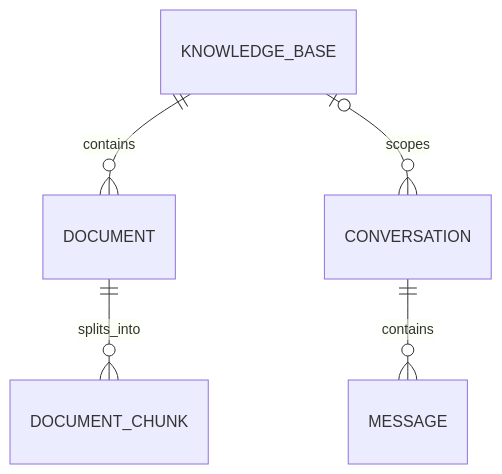
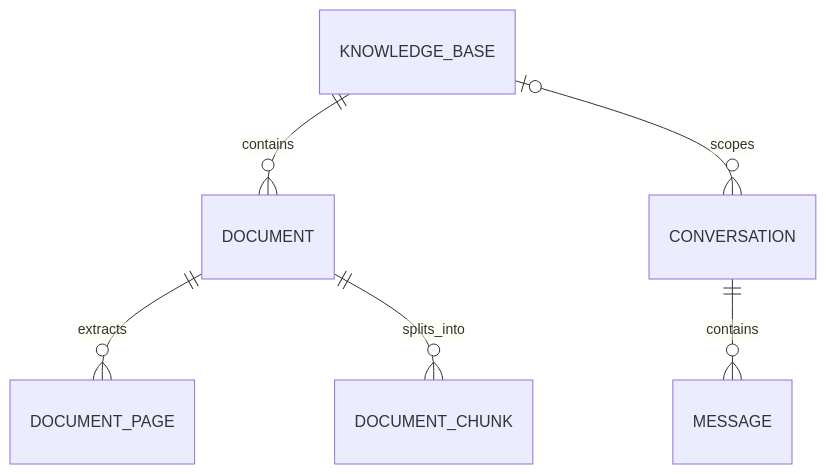
The diagram in README.md (ddzyy666/fault-rag), drawn with Mermaid before and after one commit. The commit also changed other lines of this file and 18 other files, not shown here.

````diff
--- a/README.md
+++ b/README.md
@@ -21,7 +24,8 @@
 ```mermaid
 erDiagram
     KNOWLEDGE_BASE ||--o{ DOCUMENT : contains
+    DOCUMENT ||--o{ DOCUMENT_PAGE : extracts
     DOCUMENT ||--o{ DOCUMENT_CHUNK : splits_into
     KNOWLEDGE_BASE o|--o{ CONVERSATION : scopes
     CONVERSATION ||--o{ MESSAGE : contains
 ```
````
